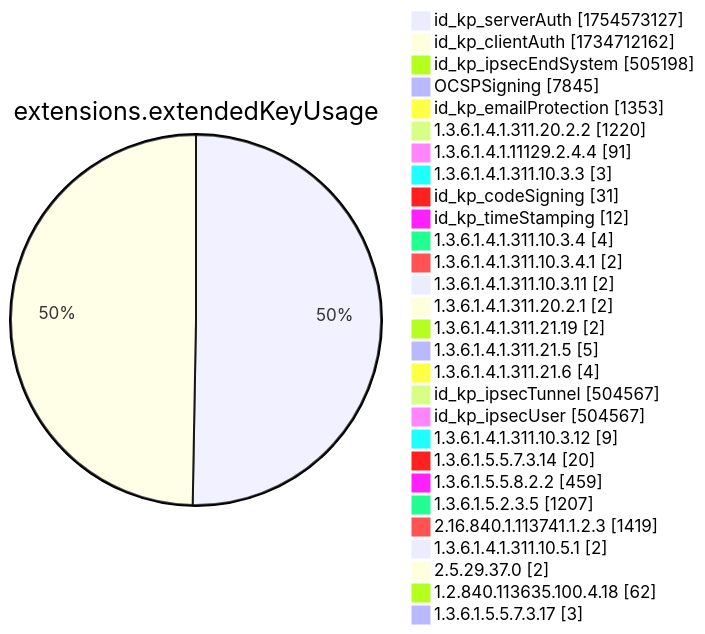
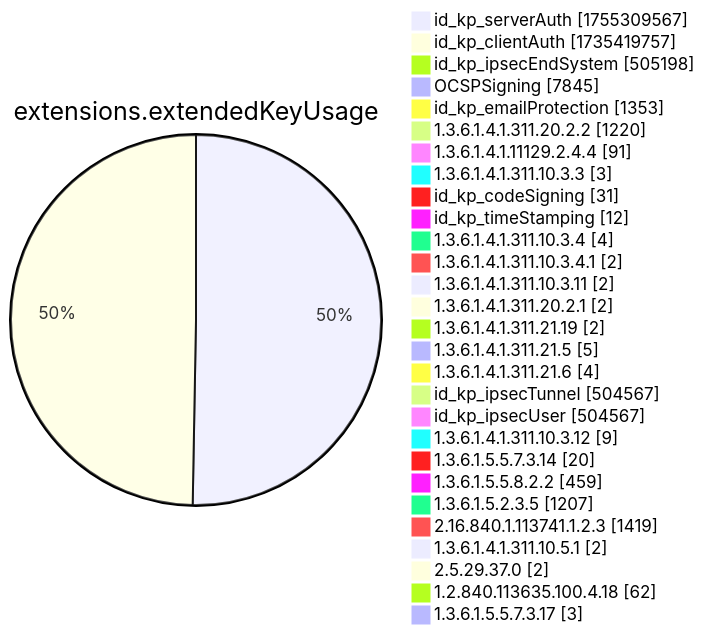
Before and after one commit to christiankrug/ctmonitor_visualization: diagram 12 of 15 in xenon2022/README.md, drawn with Mermaid. The commit also changed other lines of this file, not shown here.

````diff
--- a/xenon2022/README.md
+++ b/xenon2022/README.md
@@ -3892,32 +3892,32 @@
 ```mermaid
 pie showData
 title extensions.extendedKeyUsage
-"id_kp_serverAuth" :1754573127
-"id_kp_clientAuth" :1734712162
+"id_kp_serverAuth" :1755309567
+"id_kp_clientAuth" :1735419757
 "id_kp_ipsecEndSystem" :505198
 "OCSPSigning" :7845
 "id_kp_emailProtection" :1353
 "1.3.6.1.4.1.311.20.2.2" :1220
 "1.3.6.1.4.1.11129.2.4.4" :91
 "1.3.6.1.4.1.311.10.3.3" :3
 "id_kp_codeSigning" :31
 "id_kp_timeStamping" :12
 "1.3.6.1.4.1.311.10.3.4" :4
 "1.3.6.1.4.1.311.10.3.4.1" :2
 "1.3.6.1.4.1.311.10.3.11" :2
 "1.3.6.1.4.1.311.20.2.1" :2
 "1.3.6.1.4.1.311.21.19" :2
 "1.3.6.1.4.1.311.21.5" :5
 "1.3.6.1.4.1.311.21.6" :4
 "id_kp_ipsecTunnel" :504567
 "id_kp_ipsecUser" :504567
 "1.3.6.1.4.1.311.10.3.12" :9
 "1.3.6.1.5.5.7.3.14" :20
 "1.3.6.1.5.5.8.2.2" :459
 "1.3.6.1.5.2.3.5" :1207
 "2.16.840.1.113741.1.2.3" :1419
 "1.3.6.1.4.1.311.10.5.1" :2
 "2.5.29.37.0" :2
 "1.2.840.113635.100.4.18" :62
 "1.3.6.1.5.5.7.3.17" :3
 ```
````
